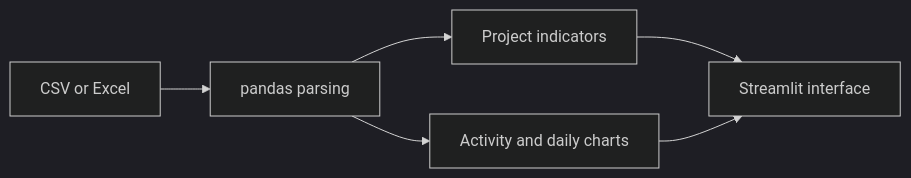
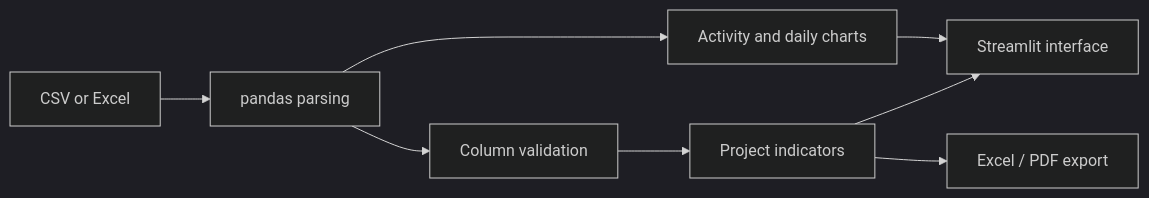
Before and after one commit to roxanakhaleghi67/project-and-task-management-dashboard: the diagram in README.md, drawn with Mermaid (dark theme). The commit also changed other lines of this file and 6 other files, not shown here.

Commit message:
feat: validate columns, fix project-only path, add Excel/PDF export, samples and roadmap

````diff
--- a/README.md
+++ b/README.md
@@ -82,8 +88,10 @@
 ```mermaid
 flowchart LR
     A[CSV or Excel] --> B[pandas parsing]
-    B --> C[Project indicators]
+    B --> V[Column validation]
+    V --> C[Project indicators]
     B --> D[Activity and daily charts]
     C --> E[Streamlit interface]
     D --> E
+    C --> F[Excel / PDF export]
 ```
````
